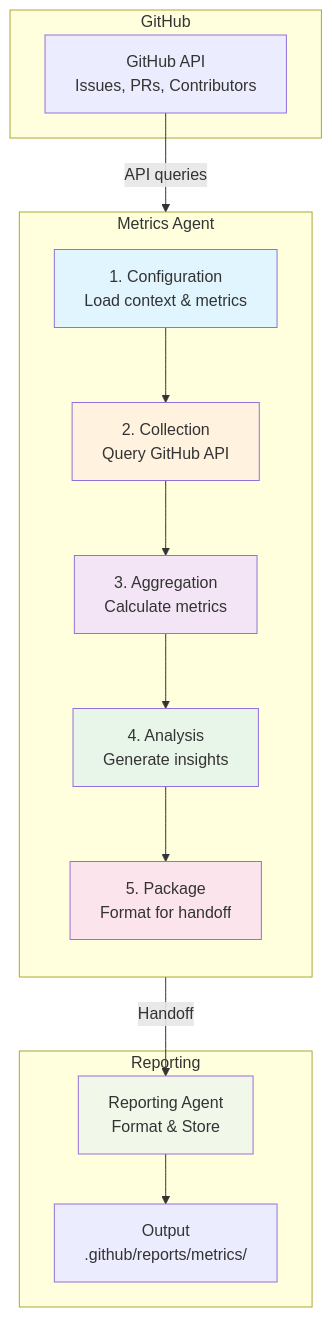
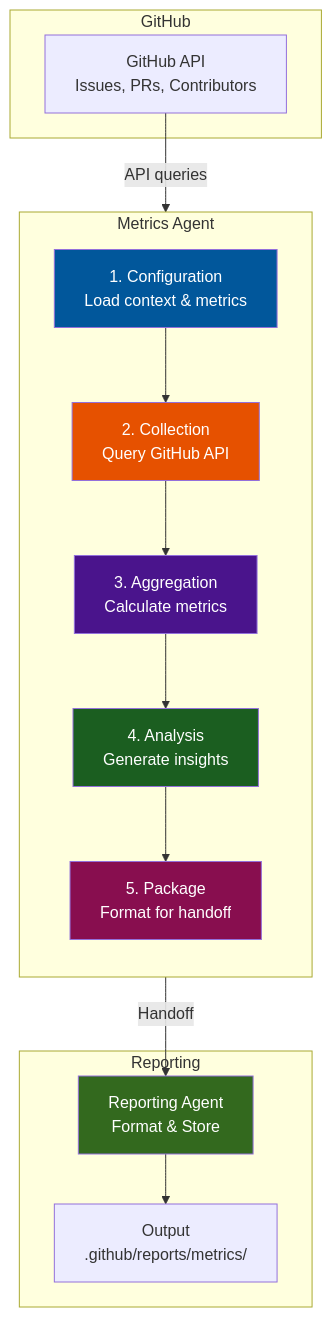
One commit to lightspeedwp/.github changed the first of 13 diagrams in .github/projects/active/metrics-agent-specification-2026-08-12/ARCHITECTURE.md. Above: the diagram before and after it, drawn with Mermaid.

Commit message:
fix: Improve Mermaid diagram colour contrast for accessibility
Update diagram colours from light pastels to high-contrast dark colours with white text:
- Configuration: Dark blue (#01579B)
- Collection: Dark orange (#E65100)
- Aggregation: Dark purple (#4A148C)
- Analysis: Dark green (#1B5E20)
- Packaging: Dark pink (#880E4F)
- Reporting: Dark lime (#33691E)

Improves readability and meets WCAG contrast requirements.

````diff
--- a/.github/projects/active/metrics-agent-specification-2026-08-12/ARCHITECTURE.md
+++ b/.github/projects/active/metrics-agent-specification-2026-08-12/ARCHITECTURE.md
@@ -12,35 +12,35 @@
 ```mermaid
 graph TB
     subgraph "GitHub"
         GH["GitHub API<br/>Issues, PRs, Contributors"]
     end
 
     subgraph "Metrics Agent"
         direction TB
         CONFIG["1. Configuration<br/>Load context & metrics"]
         COLLECT["2. Collection<br/>Query GitHub API"]
         AGGREGATE["3. Aggregation<br/>Calculate metrics"]
         ANALYZE["4. Analysis<br/>Generate insights"]
         PACKAGE["5. Package<br/>Format for handoff"]
     end
 
     subgraph "Reporting"
         REPORT["Reporting Agent<br/>Format & Store"]
         OUTPUT["Output<br/>.github/reports/metrics/"]
     end
 
     GH -->|API queries| COLLECT
     CONFIG --> COLLECT
     COLLECT --> AGGREGATE
     AGGREGATE --> ANALYZE
     ANALYZE --> PACKAGE
     PACKAGE -->|Handoff| REPORT
     REPORT --> OUTPUT
 
-    style CONFIG fill:#e1f5ff
-    style COLLECT fill:#fff3e0
-    style AGGREGATE fill:#f3e5f5
-    style ANALYZE fill:#e8f5e9
-    style PACKAGE fill:#fce4ec
-    style REPORT fill:#f1f8e9
+    style CONFIG fill:#01579B,color:#fff
+    style COLLECT fill:#E65100,color:#fff
+    style AGGREGATE fill:#4A148C,color:#fff
+    style ANALYZE fill:#1B5E20,color:#fff
+    style PACKAGE fill:#880E4F,color:#fff
+    style REPORT fill:#33691E,color:#fff
 ```
````
